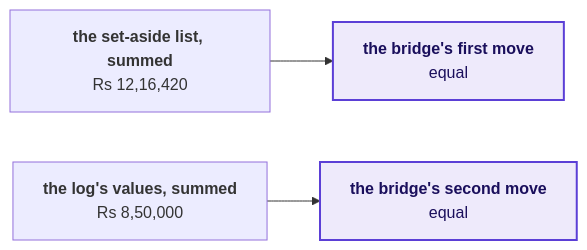
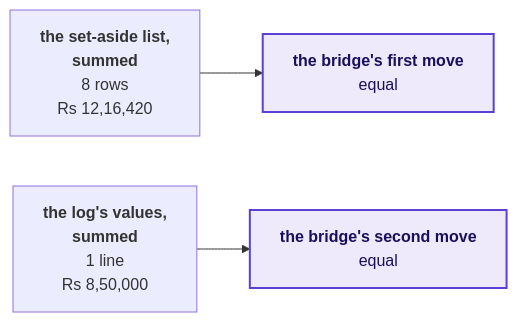
The third of 12 diagrams in content/W01/D5/slides/C2_W01_D05_debrief_STUDENT.md (fde-academy-lab/c2-content-factory), drawn with Mermaid before and after one commit. The commit also changed other lines of this file and 5 other files, not shown here.

````diff
--- a/content/W01/D5/slides/C2_W01_D05_debrief_STUDENT.md
+++ b/content/W01/D5/slides/C2_W01_D05_debrief_STUDENT.md
@@ -191,7 +300,7 @@
 ```mermaid
 flowchart LR
-    S["<b>the set-aside list, summed</b><br/>Rs 12,16,420"] --> M1["<b>the bridge's first move</b><br/>equal"]
-    L["<b>the log's values, summed</b><br/>Rs 8,50,000"] --> M2["<b>the bridge's second move</b><br/>equal"]
+    S["<b>the set-aside list,<br/>summed</b><br/>8 rows<br/>Rs 12,16,420"] --> M1["<b>the bridge's first move</b><br/>equal"]
+    L["<b>the log's values,<br/>summed</b><br/>1 line<br/>Rs 8,50,000"] --> M2["<b>the bridge's second move</b><br/>equal"]
     classDef known fill:#EEEAFB,stroke:#5B3FD6,color:#1A0F5C,stroke-width:2px
     class M1,M2 known
 ```
````
